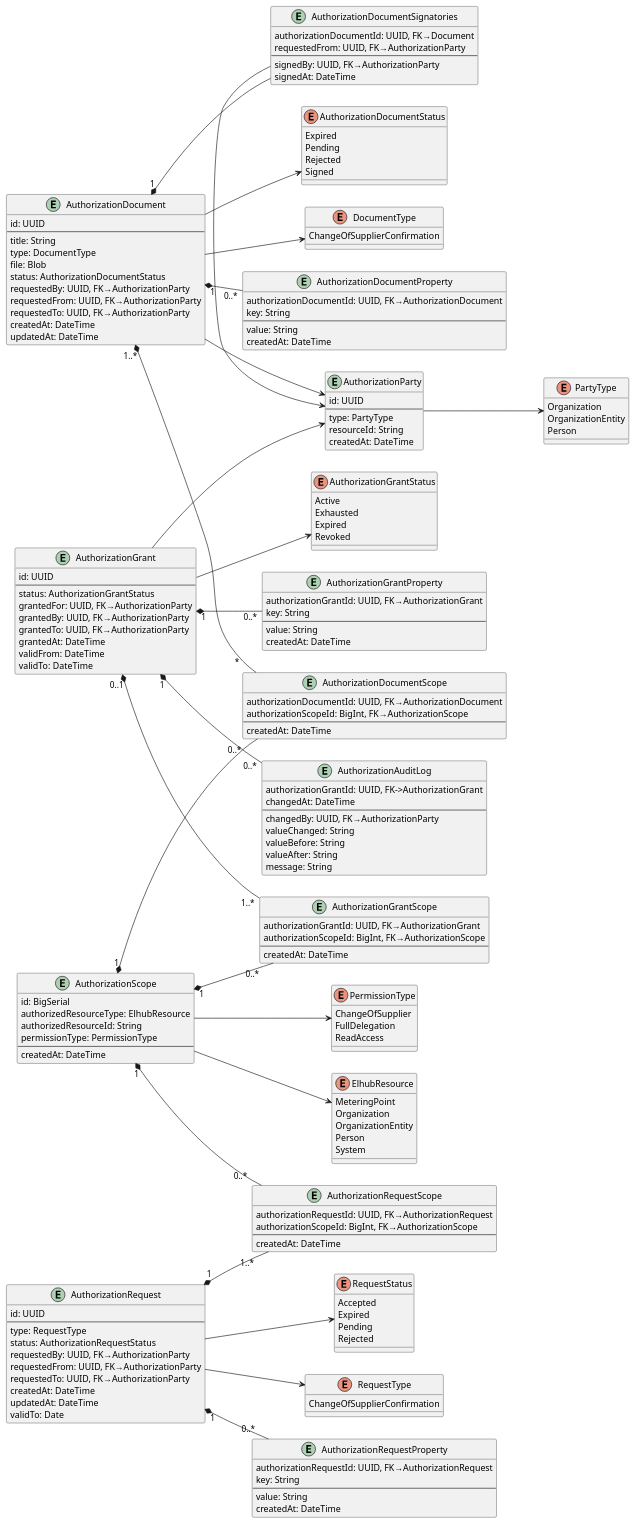
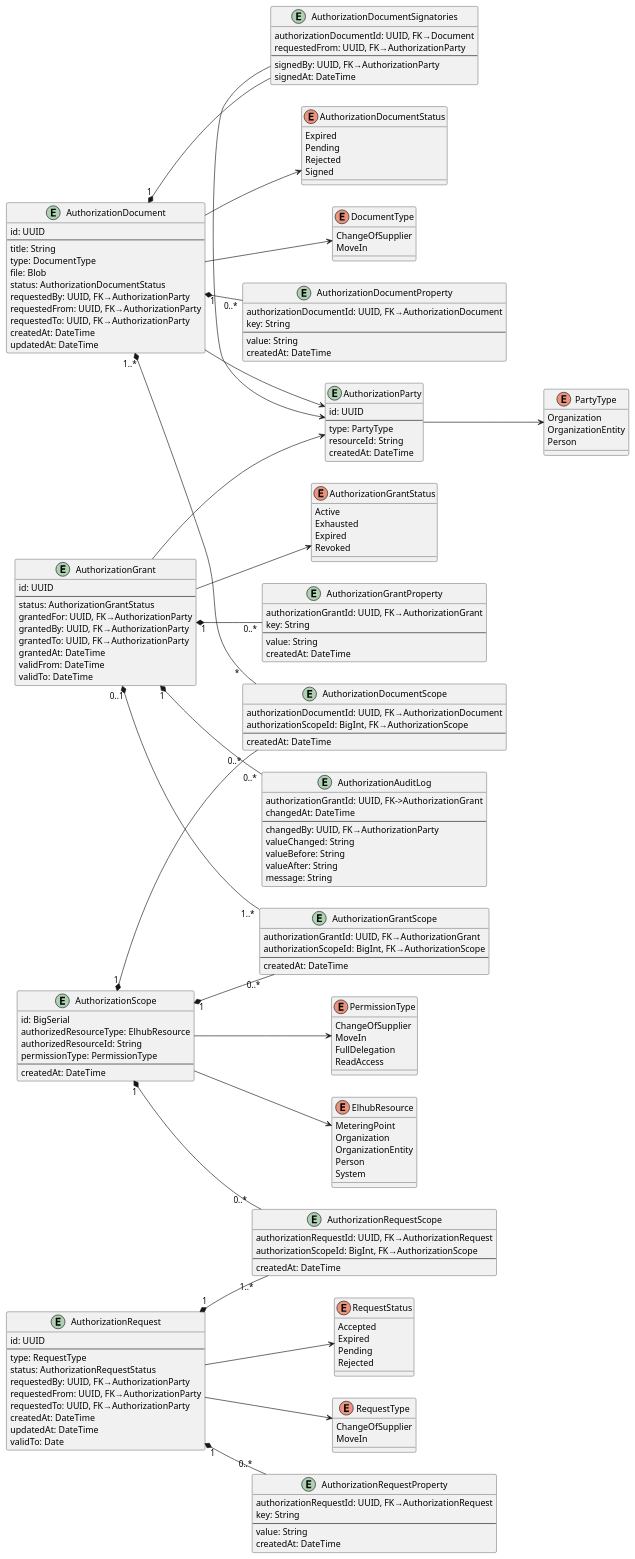
The diagram in docs/assets/datamodel.plantuml (elhub/auth-grant-manager), drawn with PlantUML before and after one commit. The commit also changed 14 other files, not shown here.

```diff
--- a/docs/assets/datamodel.plantuml
+++ b/docs/assets/datamodel.plantuml
@@ -15,6 +15,7 @@
 
 enum PermissionType {
   ChangeOfSupplier
+  MoveIn
   FullDelegation
   ReadAccess
 }
@@ -48,11 +49,13 @@
 }
 
 enum DocumentType {
-  ChangeOfSupplierConfirmation
+  ChangeOfSupplier
+  MoveIn
 }
 
 enum RequestType {
-  ChangeOfSupplierConfirmation
+  ChangeOfSupplier
+  MoveIn
 }
 
 entity AuthorizationGrant {
```
